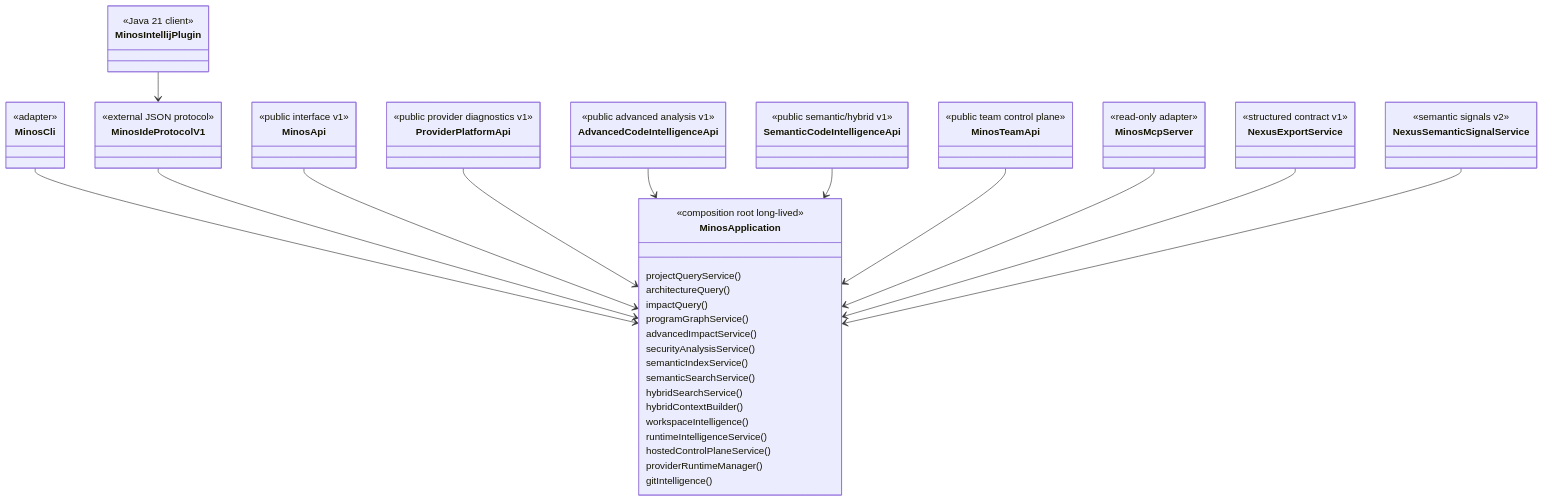
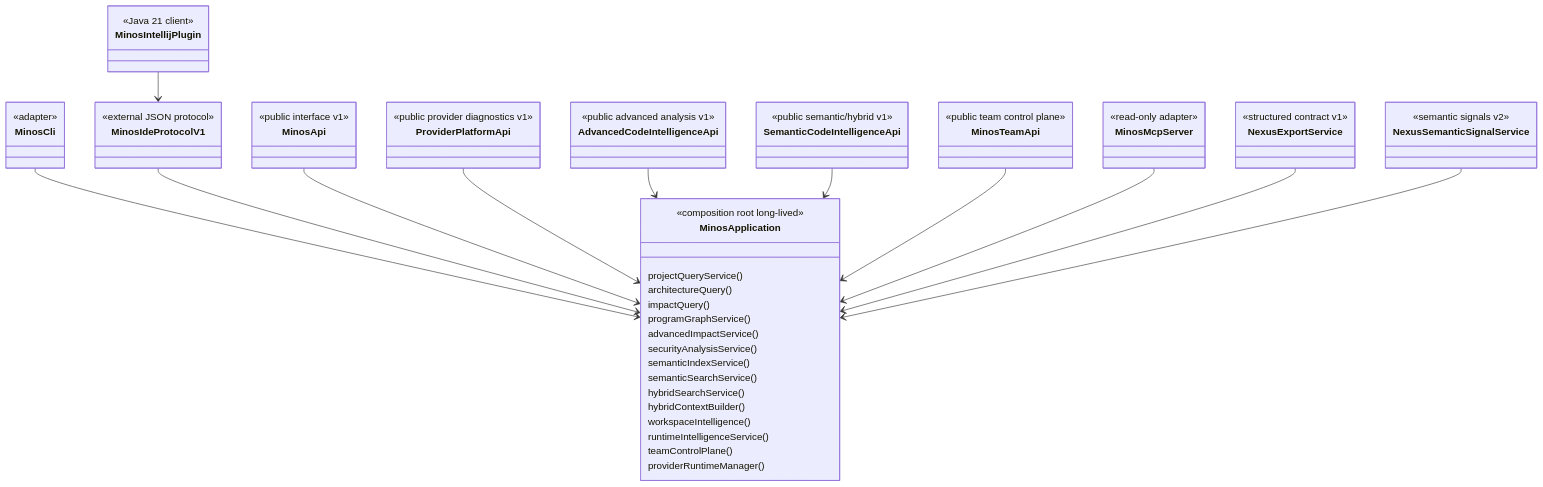
One commit to FTurleque/minos-code-intelligence changed the diagram in docs/developer/public-surfaces.md. Above: the diagram before and after it, drawn with Mermaid. The commit also changed 20 other files, not shown here.

First line of the commit message:
refactor(architecture): lever les réserves d'AUD-ARC-01 sur les surfaces

````diff
--- a/docs/developer/public-surfaces.md
+++ b/docs/developer/public-surfaces.md
@@ -9,44 +9,43 @@
 ```mermaid
 classDiagram
     class MinosApplication {
       <<composition root long-lived>>
       projectQueryService()
       architectureQuery()
       impactQuery()
       programGraphService()
       advancedImpactService()
       securityAnalysisService()
       semanticIndexService()
       semanticSearchService()
       hybridSearchService()
       hybridContextBuilder()
       workspaceIntelligence()
       runtimeIntelligenceService()
-      hostedControlPlaneService()
+      teamControlPlane()
       providerRuntimeManager()
-      gitIntelligence()
     }
     class MinosCli { <<adapter>> }
     class MinosIdeProtocolV1 { <<external JSON protocol>> }
     class MinosIntellijPlugin { <<Java 21 client>> }
     class MinosApi { <<public interface v1>> }
     class ProviderPlatformApi { <<public provider diagnostics v1>> }
     class AdvancedCodeIntelligenceApi { <<public advanced analysis v1>> }
     class SemanticCodeIntelligenceApi { <<public semantic/hybrid v1>> }
     class MinosTeamApi { <<public team control plane>> }
     class MinosMcpServer { <<read-only adapter>> }
     class NexusExportService { <<structured contract v1>> }
     class NexusSemanticSignalService { <<semantic signals v2>> }
 
     MinosCli --> MinosApplication
     MinosIdeProtocolV1 --> MinosApplication
     MinosIntellijPlugin --> MinosIdeProtocolV1
     MinosApi --> MinosApplication
     ProviderPlatformApi --> MinosApplication
     AdvancedCodeIntelligenceApi --> MinosApplication
     SemanticCodeIntelligenceApi --> MinosApplication
     MinosTeamApi --> MinosApplication
     MinosMcpServer --> MinosApplication
     NexusExportService --> MinosApplication
     NexusSemanticSignalService --> MinosApplication
 ```
````
